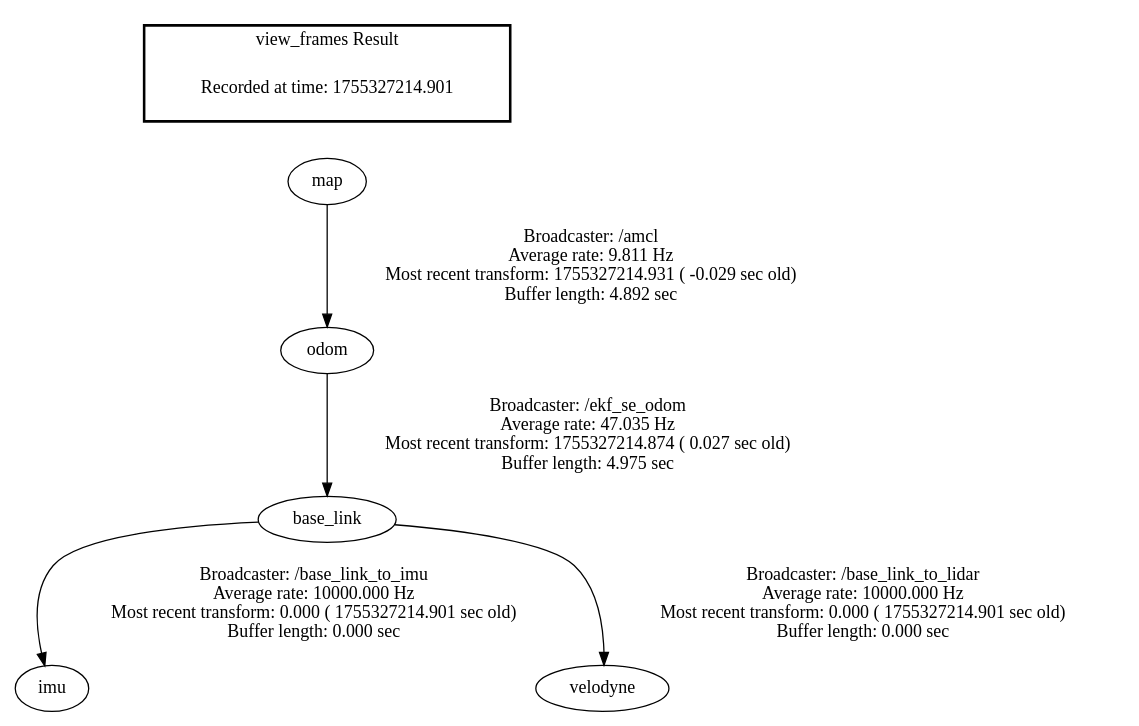
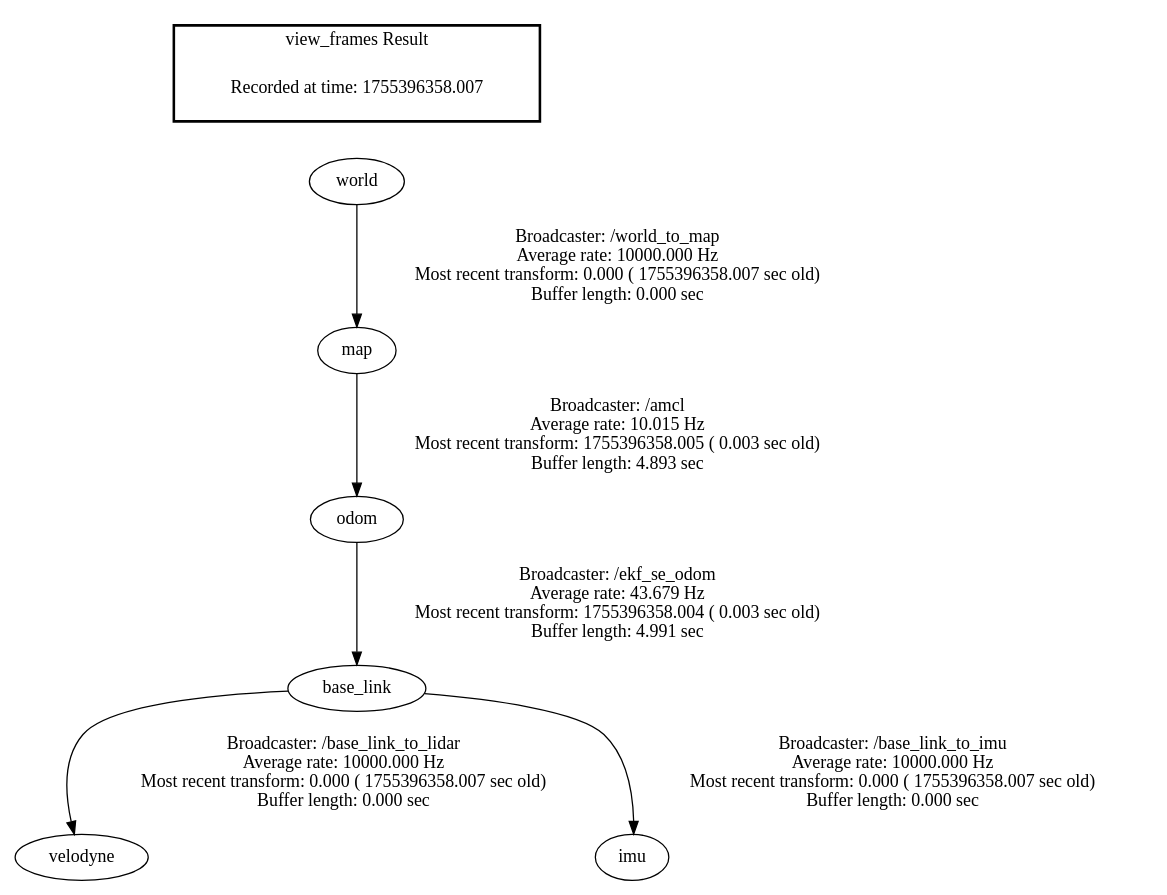
Before and after one commit to chamssal/kmu_virtualdrive2025: the diagram in frames.gv, drawn with Graphviz. The commit also changed 13 other files, not shown here.

```diff
--- a/frames.gv
+++ b/frames.gv
@@ -1,10 +1,11 @@
 digraph G {
-"base_link" -> "imu"[label="Broadcaster: /base_link_to_imu\nAverage rate: 10000.000 Hz\nMost recent transform: 0.000 ( 1755327214.901 sec old)\nBuffer length: 0.000 sec\n"];
-"odom" -> "base_link"[label="Broadcaster: /ekf_se_odom\nAverage rate: 47.035 Hz\nMost recent transform: 1755327214.874 ( 0.027 sec old)\nBuffer length: 4.975 sec\n"];
-"base_link" -> "velodyne"[label="Broadcaster: /base_link_to_lidar\nAverage rate: 10000.000 Hz\nMost recent transform: 0.000 ( 1755327214.901 sec old)\nBuffer length: 0.000 sec\n"];
-"map" -> "odom"[label="Broadcaster: /amcl\nAverage rate: 9.811 Hz\nMost recent transform: 1755327214.931 ( -0.029 sec old)\nBuffer length: 4.892 sec\n"];
+"base_link" -> "velodyne"[label="Broadcaster: /base_link_to_lidar\nAverage rate: 10000.000 Hz\nMost recent transform: 0.000 ( 1755396358.007 sec old)\nBuffer length: 0.000 sec\n"];
+"odom" -> "base_link"[label="Broadcaster: /ekf_se_odom\nAverage rate: 43.679 Hz\nMost recent transform: 1755396358.004 ( 0.003 sec old)\nBuffer length: 4.991 sec\n"];
+"base_link" -> "imu"[label="Broadcaster: /base_link_to_imu\nAverage rate: 10000.000 Hz\nMost recent transform: 0.000 ( 1755396358.007 sec old)\nBuffer length: 0.000 sec\n"];
+"world" -> "map"[label="Broadcaster: /world_to_map\nAverage rate: 10000.000 Hz\nMost recent transform: 0.000 ( 1755396358.007 sec old)\nBuffer length: 0.000 sec\n"];
+"map" -> "odom"[label="Broadcaster: /amcl\nAverage rate: 10.015 Hz\nMost recent transform: 1755396358.005 ( 0.003 sec old)\nBuffer length: 4.893 sec\n"];
 edge [style=invis];
  subgraph cluster_legend { style=bold; color=black; label ="view_frames Result";
-"Recorded at time: 1755327214.901"[ shape=plaintext ] ;
- }->"map";
+"Recorded at time: 1755396358.007"[ shape=plaintext ] ;
+ }->"world";
 }
```
